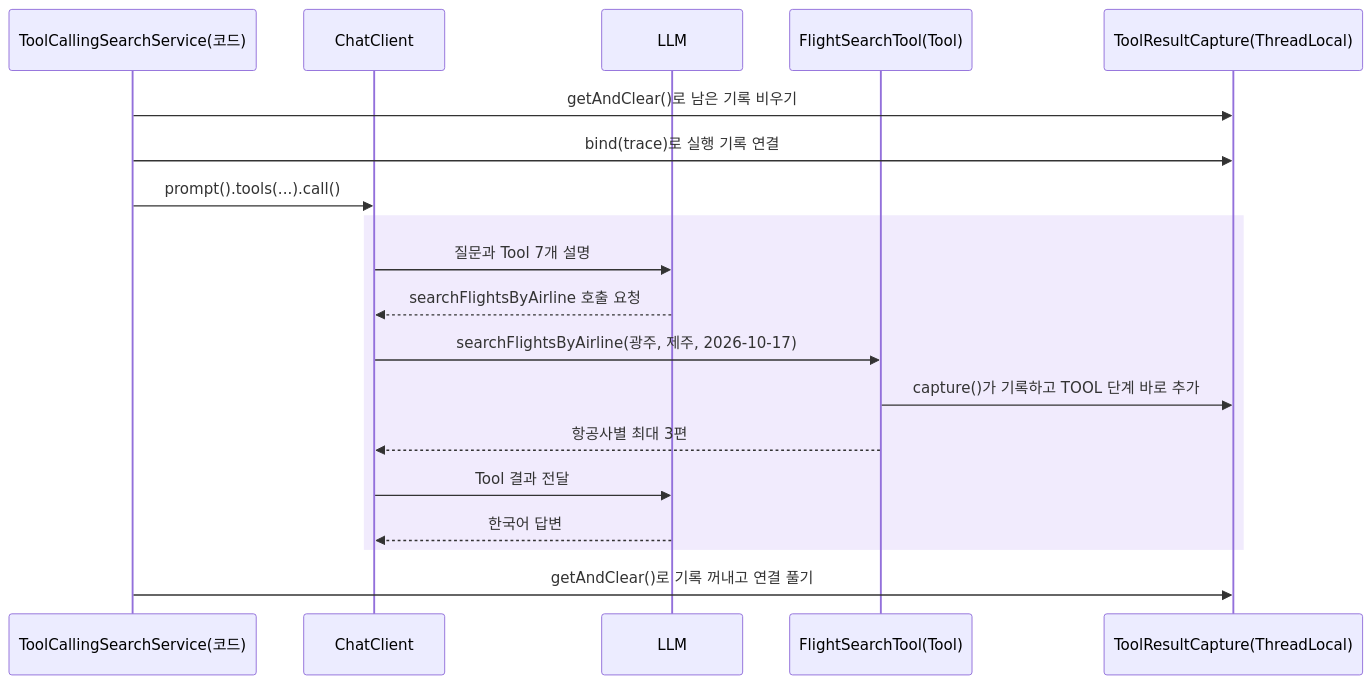
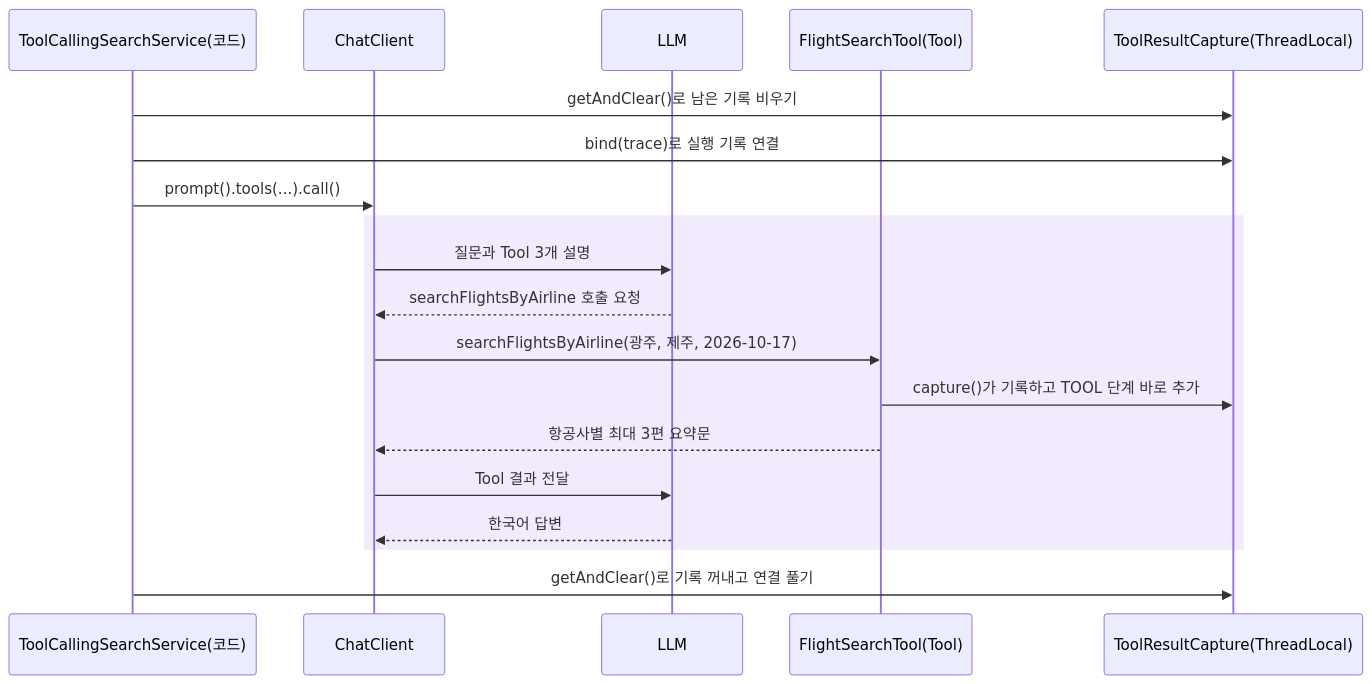
Before and after one commit to nhn-academy-marco/ai-fly-schedule: the third of 3 diagrams in docs/05-domain-tools.md, drawn with Mermaid. The commit also changed other lines of this file and 13 other files, not shown here.

````diff
--- a/docs/05-domain-tools.md
+++ b/docs/05-domain-tools.md
@@ -569,21 +639,21 @@
 ```mermaid
 sequenceDiagram
     participant S as ToolCallingSearchService(코드)
     participant C as ChatClient
     participant L as LLM
     participant T as FlightSearchTool(Tool)
     participant R as ToolResultCapture(ThreadLocal)
     S->>R: getAndClear()로 남은 기록 비우기
     S->>R: bind(trace)로 실행 기록 연결
     S->>C: prompt().tools(...).call()
     rect rgb(241,235,253)
-    C->>L: 질문과 Tool 7개 설명
+    C->>L: 질문과 Tool 3개 설명
     L-->>C: searchFlightsByAirline 호출 요청
     C->>T: searchFlightsByAirline(광주, 제주, 2026-10-17)
     T->>R: capture()가 기록하고 TOOL 단계 바로 추가
-    T-->>C: 항공사별 최대 3편
+    T-->>C: 항공사별 최대 3편 요약문
     C->>L: Tool 결과 전달
     L-->>C: 한국어 답변
     end
     S->>R: getAndClear()로 기록 꺼내고 연결 풀기
 ```
````
